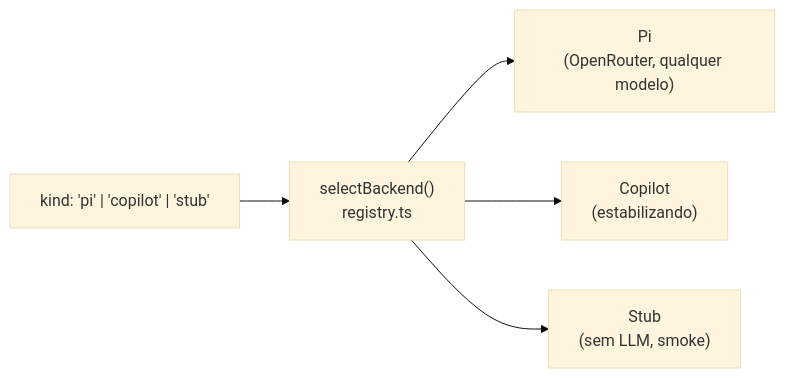
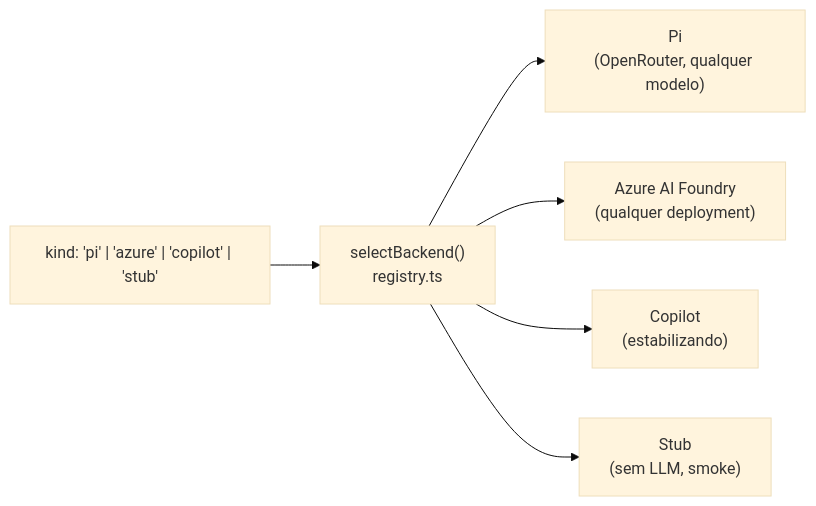
One commit to frederico-kluser/huu changed the third of 3 diagrams in README.md. Above: the diagram before and after it, drawn with Mermaid (base theme). The commit also changed other lines of this file and 2 other files, not shown here.

````diff
--- a/README.md
+++ b/README.md
@@ -209,8 +312,9 @@
 ```mermaid
 flowchart LR
-    K["kind: 'pi' | 'copilot' | 'stub'"]
+    K["kind: 'pi' | 'azure' | 'copilot' | 'stub'"]
     K --> R["selectBackend()<br/>registry.ts"]
     R --> P["Pi<br/>(OpenRouter, qualquer modelo)"]
+    R --> Z["Azure AI Foundry<br/>(qualquer deployment)"]
     R --> C["Copilot<br/>(estabilizando)"]
     R --> S["Stub<br/>(sem LLM, smoke)"]
 ```
````
